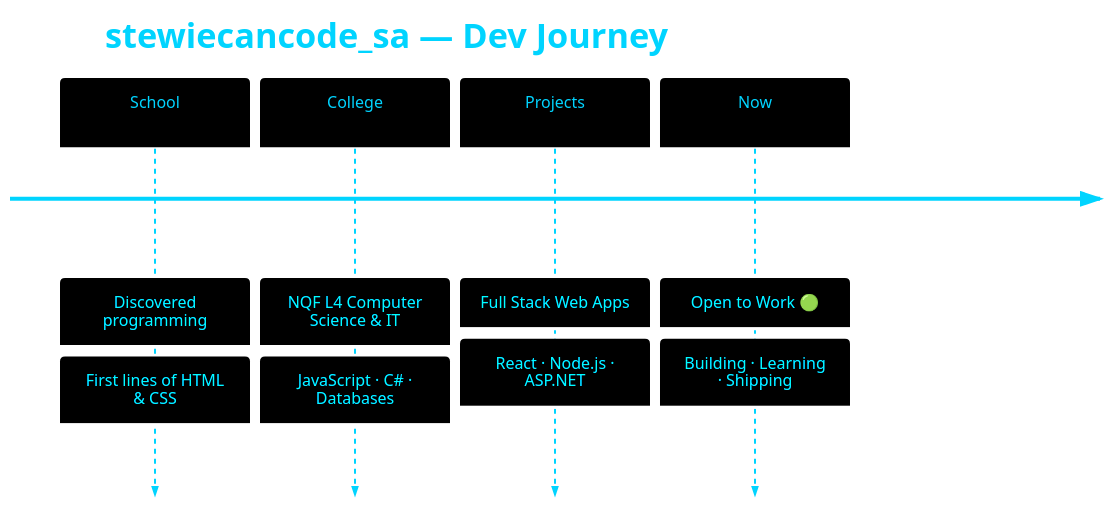
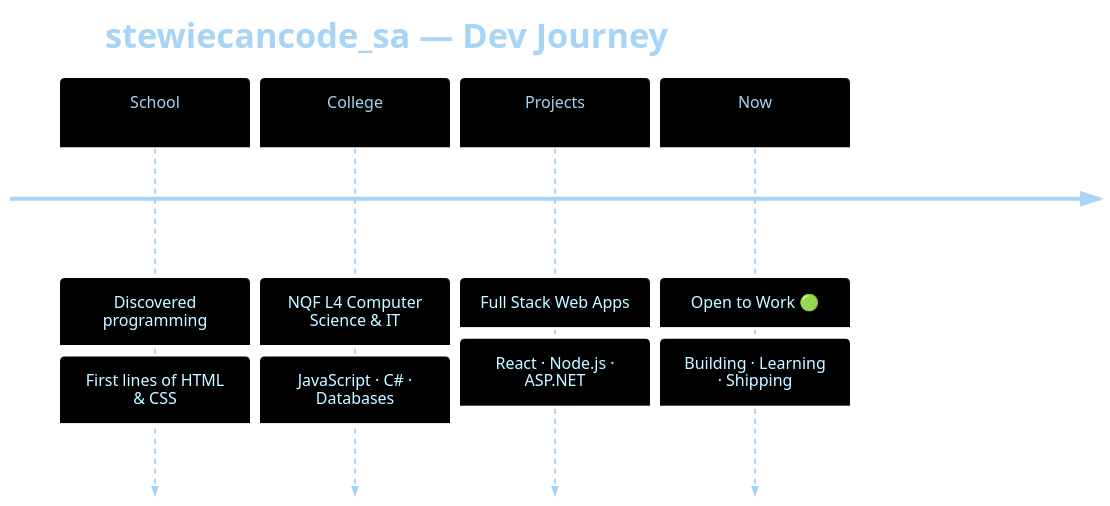
Before and after one commit to Stewiecancode/Stewiecancode: the diagram in README.md, drawn with Mermaid. The commit also changed other lines of this file, not shown here.

````diff
--- a/README.md
+++ b/README.md
@@ -211,13 +207,13 @@
 ```mermaid
-%%{init: {'theme':'base', 'themeVariables': { 'primaryColor':'#0a0b0f','primaryTextColor':'#00D4FF','primaryBorderColor':'#00D4FF','lineColor':'#00ff88'}}}%%
+%%{init: {'theme':'base', 'themeVariables': { 'primaryColor':'#0a1628','primaryTextColor':'#a8d4f5','primaryBorderColor':'#5ba3d9','lineColor':'#1a4a8a','secondaryColor':'#020818','tertiaryColor':'#0d2545'}}}%%
 timeline
     title stewiecancode_sa — Dev Journey
     School : Discovered programming
            : First lines of HTML & CSS
     College : NQF L4 Computer Science & IT
             : JavaScript · C# · Databases
     Projects : Full Stack Web Apps
              : React · Node.js · ASP.NET
     Now : Open to Work 🟢
         : Building · Learning · Shipping
 ```
````
